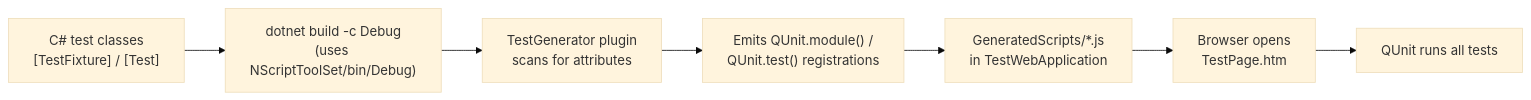
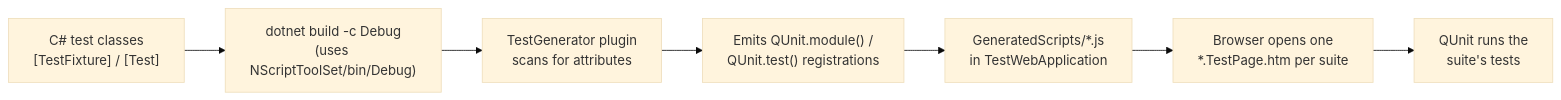
One commit to achieveai/NScript changed the diagram in docs/testing/README.md. Above: the diagram before and after it, drawn with Mermaid (base theme). The commit also changed other lines of this file and 8 other files, not shown here.

````diff
--- a/docs/testing/README.md
+++ b/docs/testing/README.md
@@ -39,9 +39,9 @@
 ```mermaid
 flowchart LR
     A["C# test classes<br/>[TestFixture] / [Test]"] --> B["dotnet build -c Debug<br/>(uses NScriptToolSet/bin/Debug)"]
     B --> C["TestGenerator plugin<br/>scans for attributes"]
     C --> D["Emits QUnit.module() /<br/>QUnit.test() registrations"]
     D --> E["GeneratedScripts/*.js<br/>in TestWebApplication"]
-    E --> F["Browser opens<br/>TestPage.htm"]
-    F --> G["QUnit runs all tests"]
+    E --> F["Browser opens one<br/>*.TestPage.htm per suite"]
+    F --> G["QUnit runs the<br/>suite's tests"]
 ```
````
